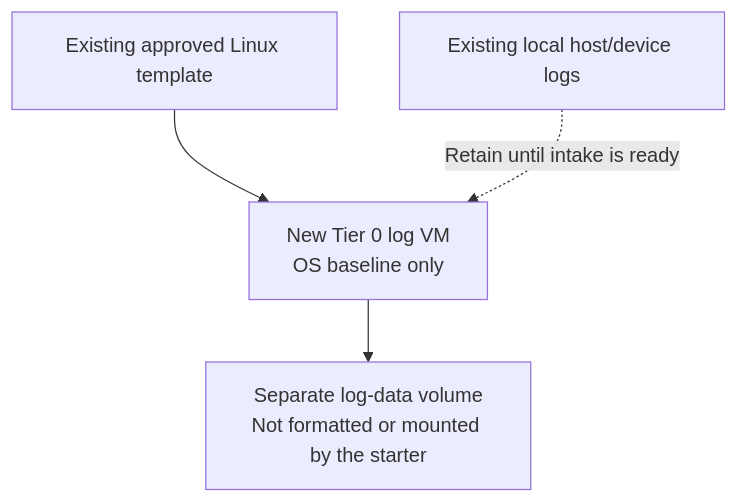
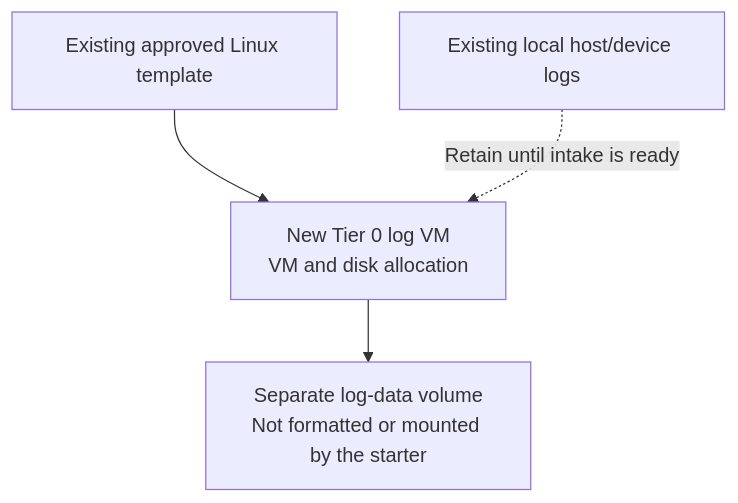
One commit to Rexus/homelab changed the first of 3 diagrams in docs/deployment/stage-1-logging/README.md. Above: the diagram before and after it, drawn with Mermaid. The commit also changed other lines of this file and 169 other files, not shown here.

````diff
--- a/docs/deployment/stage-1-logging/README.md
+++ b/docs/deployment/stage-1-logging/README.md
@@ -26,6 +27,6 @@
 ```mermaid
 flowchart TB
-  Template["Existing approved Linux template"] --> VM["New Tier 0 log VM<br/>OS baseline only"]
+  Template["Existing approved Linux template"] --> VM["New Tier 0 log VM<br/>VM and disk allocation"]
   VM --> Data["Separate log-data volume<br/>Not formatted or mounted by the starter"]
   Local["Existing local host/device logs"] -. Retain until intake is ready .-> VM
 ```
````
